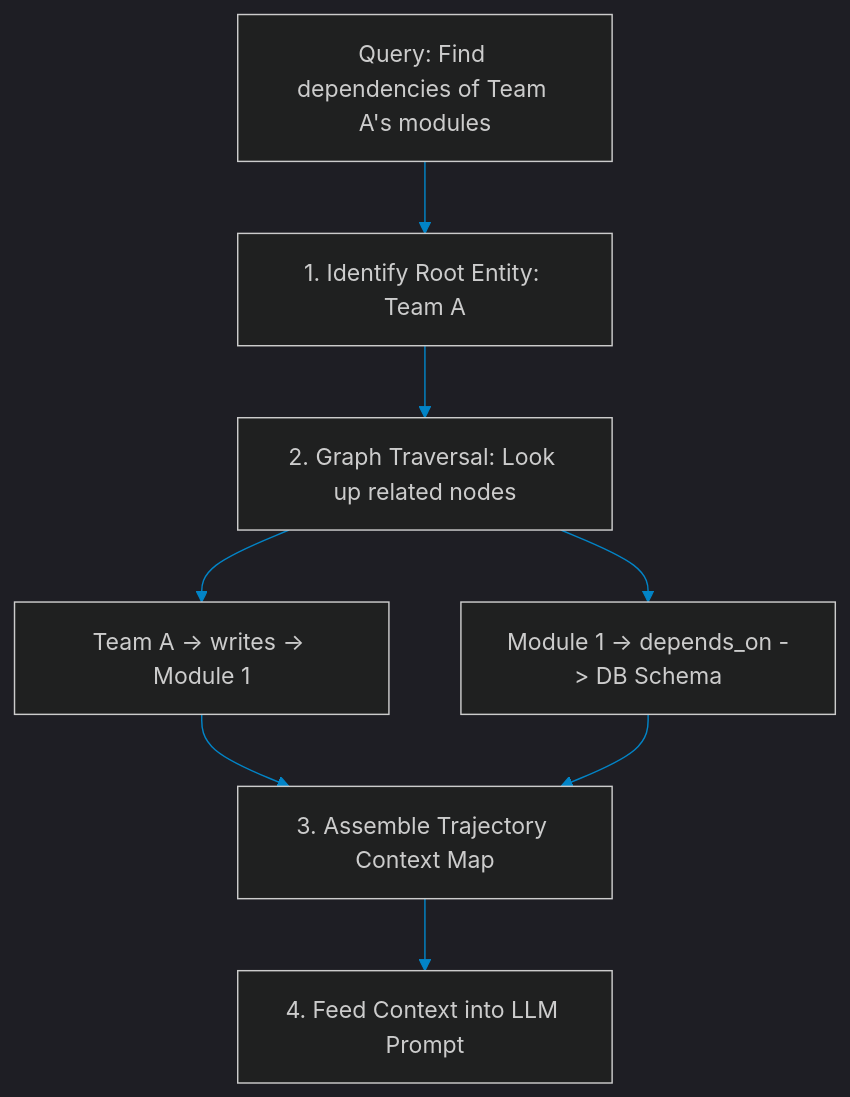
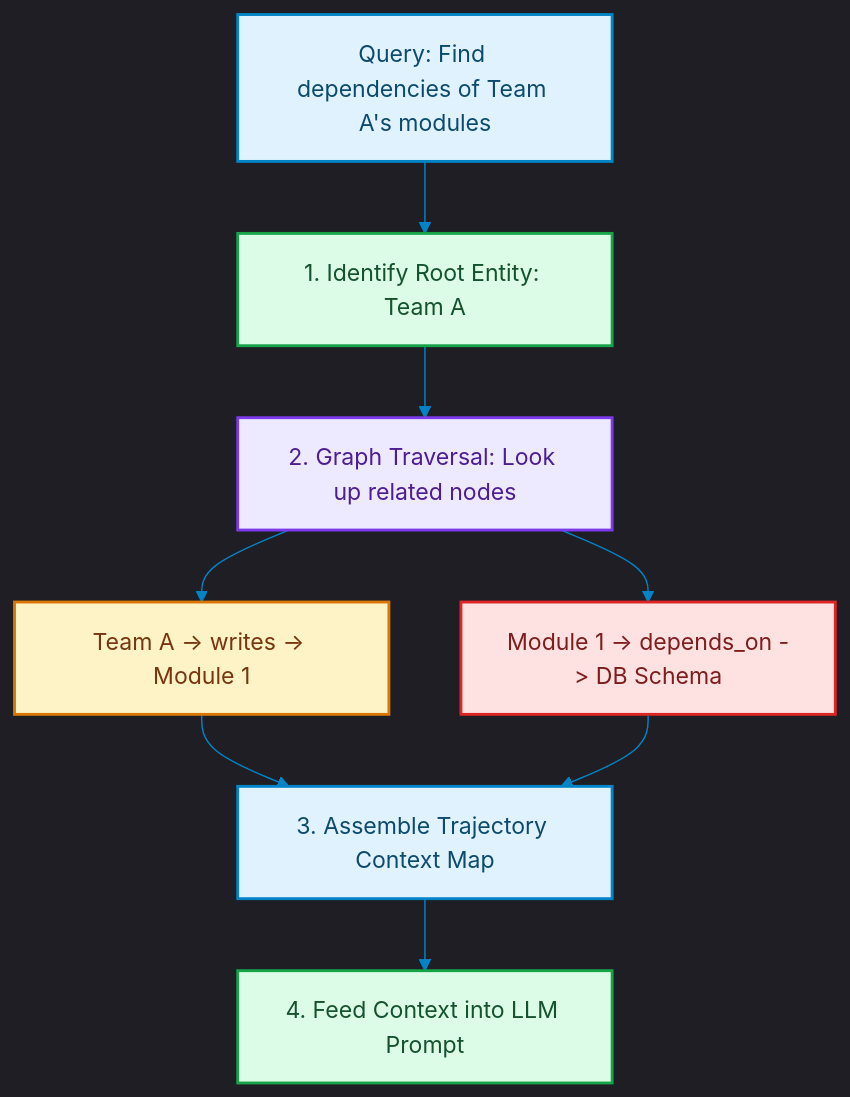
One commit to akmalkhaniub/akmalkhaniub.github.io changed the diagram in blog/posts/rag-entity-graph-context-traversal.md. Above: the diagram before and after it, drawn with Mermaid. The commit also changed other lines of this file and 1291 other files, not shown here.

First line of the commit message:
feat(catalog): unique covers, scholarly references, and diagram palettes

````diff
--- a/blog/posts/rag-entity-graph-context-traversal.md
+++ b/blog/posts/rag-entity-graph-context-traversal.md
@@ -16,13 +16,24 @@
 ```mermaid
 %%{init: {'theme': 'dark', 'themeVariables': { 'primaryColor': '#0284c7', 'primaryTextColor': '#f3f4f6', 'primaryBorderColor': '#38bdf8', 'lineColor': '#0284c7', 'secondaryColor': '#111827', 'tertiaryColor': '#0b0f19'}}}%%
 flowchart TD
-    Query[Query: Find dependencies of Team A's modules] --> Identify[1. Identify Root Entity: Team A]
-    Identify --> Traverse[2. Graph Traversal: Look up related nodes]
+    Query["Query: Find dependencies of Team A's modules"] --> Identify["1. Identify Root Entity: Team A"]
+    Identify --> Traverse["2. Graph Traversal: Look up related nodes"]
     
-    Traverse --> Node1[Team A -> writes -> Module 1]
-    Traverse --> Node2[Module 1 -> depends_on -> DB Schema]
+    Traverse --> Node1["Team A -> writes -> Module 1"]
+    Traverse --> Node2["Module 1 -> depends_on -> DB Schema"]
     
-    Node1 --> Compile[3. Assemble Trajectory Context Map]
+    Node1 --> Compile["3. Assemble Trajectory Context Map"]
     Node2 --> Compile
-    Compile --> Prompt[4. Feed Context into LLM Prompt]
+    Compile --> Prompt["4. Feed Context into LLM Prompt"]
+
+classDef green fill:#dcfce7,stroke:#16a34a,stroke-width:2px,color:#14532d;
+classDef red fill:#fee2e2,stroke:#dc2626,stroke-width:2px,color:#7f1d1d;
+classDef blue fill:#e0f2fe,stroke:#0284c7,stroke-width:2px,color:#0c4a6e;
+classDef yellow fill:#fef3c7,stroke:#d97706,stroke-width:2px,color:#78350f;
+classDef purple fill:#ede9fe,stroke:#7c3aed,stroke-width:2px,color:#4c1d95;
+class Query,Compile blue
+class Identify,Prompt green
+class Traverse purple
+class Node1 yellow
+class Node2 red
 ```
````
